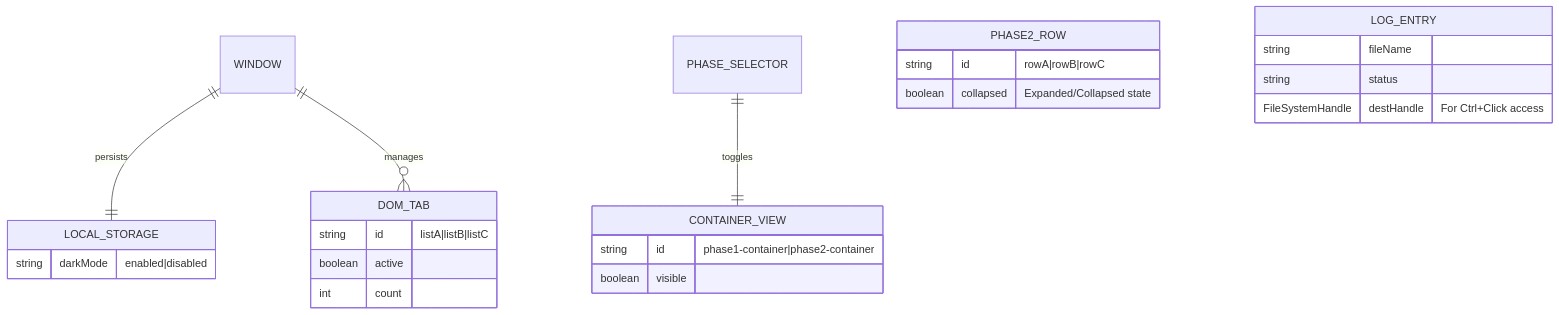
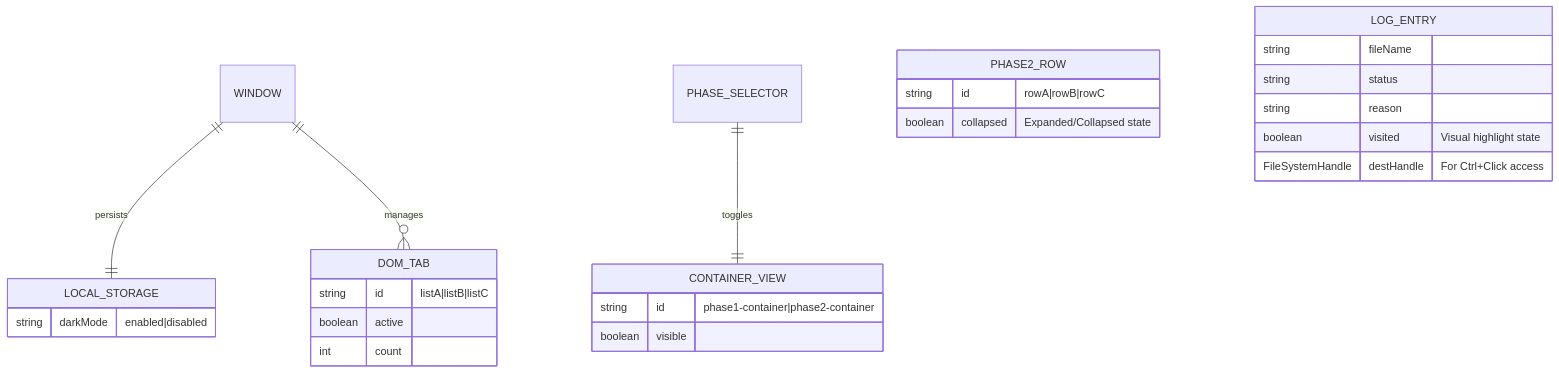
Before and after one commit to kerry-davis/form-name-matcher: the third of 3 diagrams in DATA_MODEL.md, drawn with Mermaid. The commit also changed other lines of this file, not shown here.

Commit message:
Update DATA_MODEL.md with Repair Mode, Tabbed Logs, and Visited State specs

````diff
--- a/DATA_MODEL.md
+++ b/DATA_MODEL.md
@@ -144,32 +153,34 @@
 ```mermaid
 erDiagram
   WINDOW ||--|| LOCAL_STORAGE : "persists"
   WINDOW ||--o{ DOM_TAB : "manages"
   PHASE_SELECTOR ||--|| CONTAINER_VIEW : "toggles"
 
   LOCAL_STORAGE {
     string darkMode "enabled|disabled"
   }
 
   DOM_TAB {
     string id "listA|listB|listC"
     boolean active
     int count
   }
 
   CONTAINER_VIEW {
     string id "phase1-container|phase2-container"
     boolean visible
   }
 
   PHASE2_ROW {
     string id "rowA|rowB|rowC"
     boolean collapsed "Expanded/Collapsed state"
   }
 
   LOG_ENTRY {
     string fileName
     string status
+    string reason
+    boolean visited "Visual highlight state"
     FileSystemHandle destHandle "For Ctrl+Click access"
   }
 ```
````
